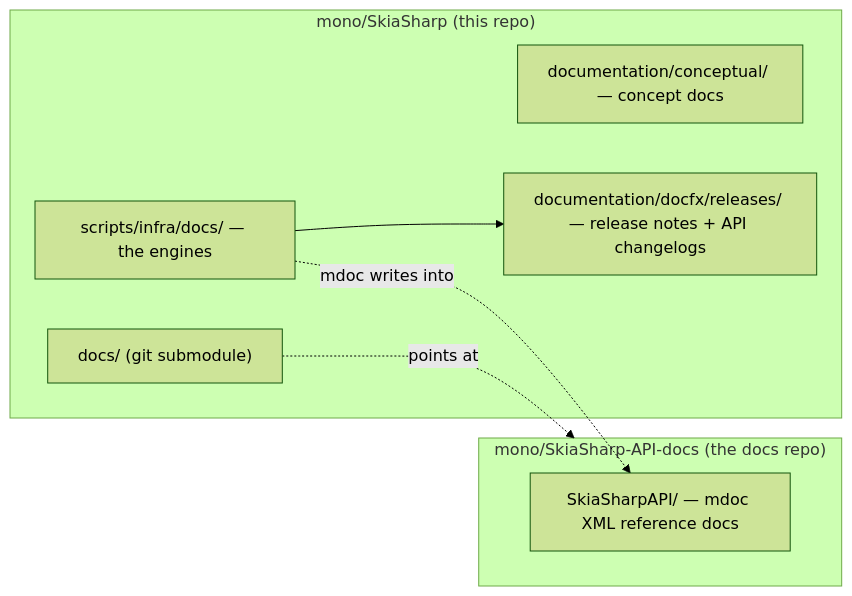
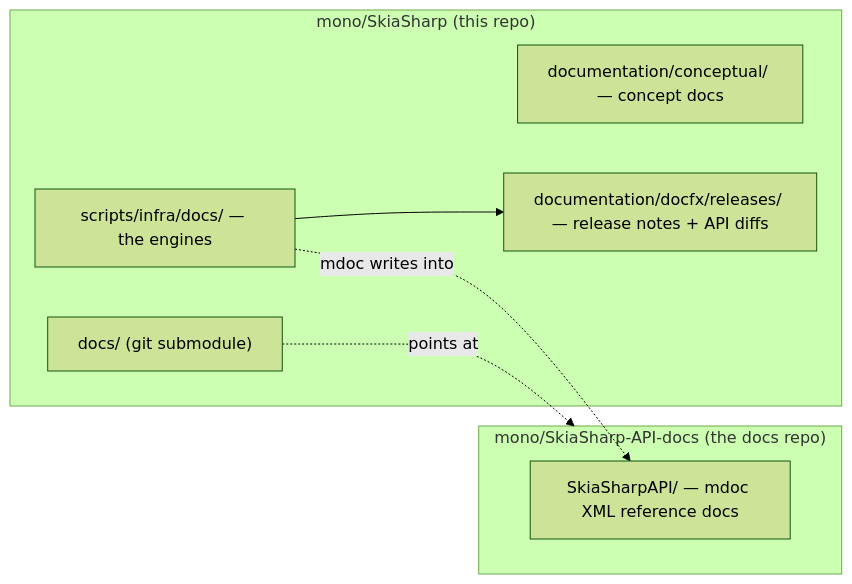
Before and after one commit to mono/SkiaSharp: the first of 2 diagrams in documentation/dev/docs-overview.md, drawn with Mermaid (forest theme). The commit also changed other lines of this file and 19 other files, not shown here.

````diff
--- a/documentation/dev/docs-overview.md
+++ b/documentation/dev/docs-overview.md
@@ -42,15 +42,15 @@
 ```mermaid
 flowchart LR
   subgraph A["mono/SkiaSharp (this repo)"]
     conceptual["documentation/conceptual/ — concept docs"]
-    releases["documentation/docfx/releases/ — release notes + API changelogs"]
+    releases["documentation/docfx/releases/ — release notes + API diffs"]
     engines["scripts/infra/docs/ — the engines"]
     submodule["docs/ (git submodule)"]
   end
   subgraph B["mono/SkiaSharp-API-docs (the docs repo)"]
     xml["SkiaSharpAPI/ — mdoc XML reference docs"]
   end
   submodule -. "points at" .-> B
   engines --> releases
   engines -. "mdoc writes into" .-> xml
 ```
````
